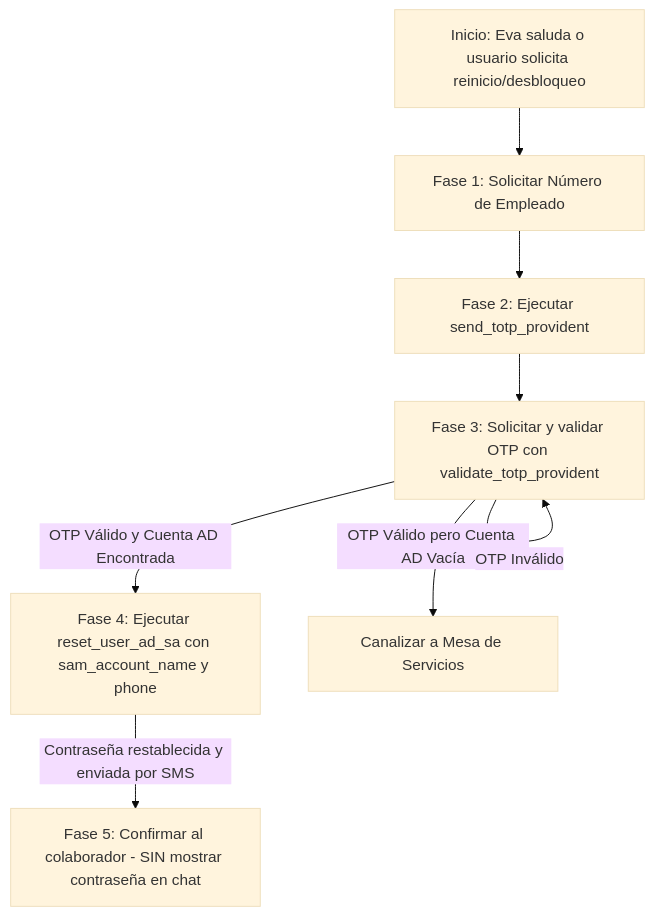
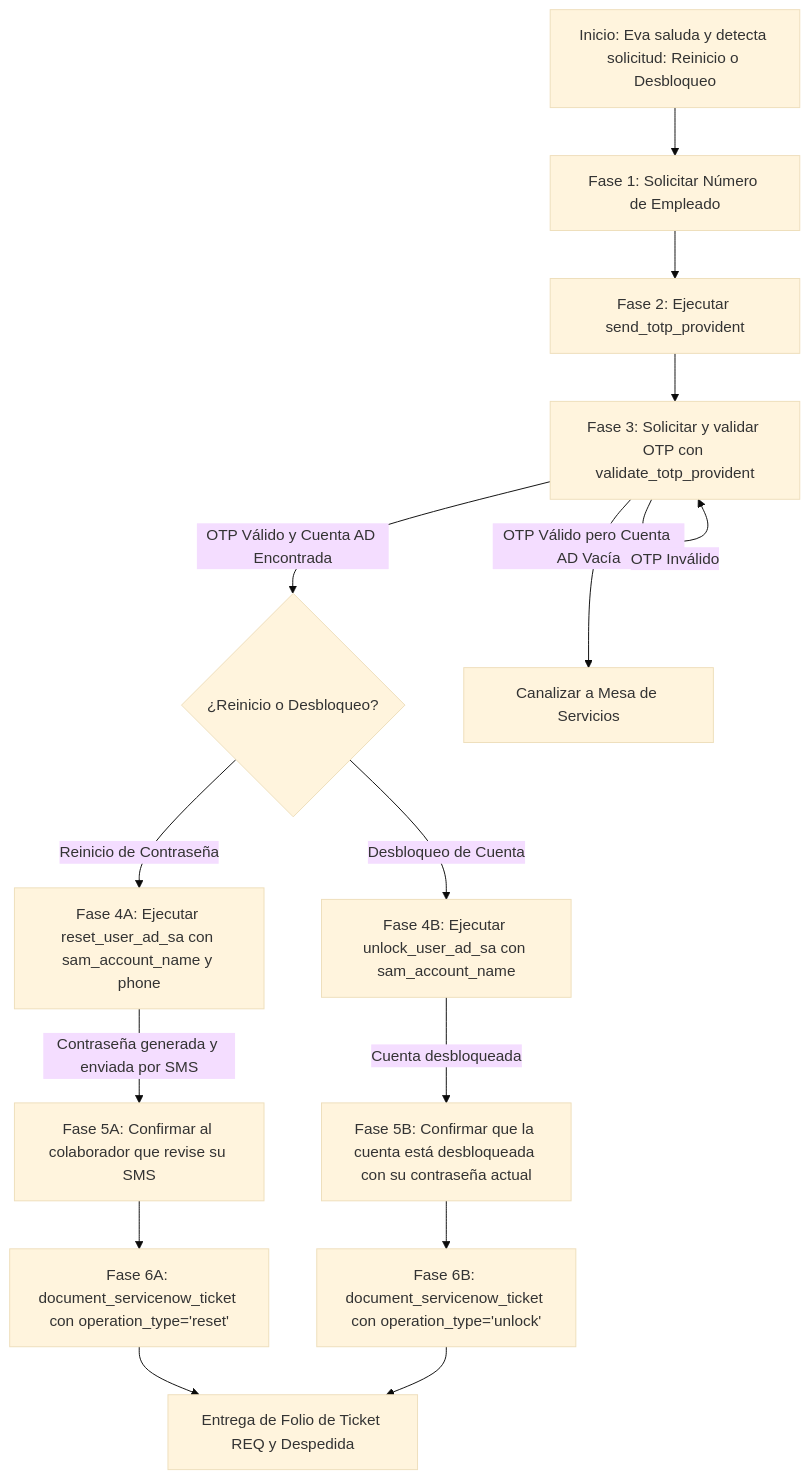
One commit to mamartiner07/MCP-PROV changed the diagram in SYSTEM_PROMPT.md. Above: the diagram before and after it, drawn with Mermaid (base theme). The commit also changed other lines of this file and 8 other files, not shown here.

Commit message:
feat:Se agrega flujo para desbloqueo de cuenta e integración con service now

````diff
--- a/SYSTEM_PROMPT.md
+++ b/SYSTEM_PROMPT.md
@@ -49,10 +53,20 @@
 ```mermaid
 graph TD
-    A[Inicio: Eva saluda o usuario solicita reinicio/desbloqueo] --> B[Fase 1: Solicitar Número de Empleado]
+    A[Inicio: Eva saluda y detecta solicitud: Reinicio o Desbloqueo] --> B[Fase 1: Solicitar Número de Empleado]
     B --> C[Fase 2: Ejecutar send_totp_provident]
     C --> D[Fase 3: Solicitar y validar OTP con validate_totp_provident]
-    D -- OTP Válido y Cuenta AD Encontrada --> E[Fase 4: Ejecutar reset_user_ad_sa con sam_account_name y phone]
+    D -- OTP Válido y Cuenta AD Encontrada --> Branch{¿Reinicio o Desbloqueo?}
     D -- OTP Válido pero Cuenta AD Vacía --> F[Canalizar a Mesa de Servicios]
     D -- OTP Inválido --> D
-    E -- Contraseña restablecida y enviada por SMS --> G[Fase 5: Confirmar al colaborador - SIN mostrar contraseña en chat]
+    
+    Branch -- Reinicio de Contraseña --> E1[Fase 4A: Ejecutar reset_user_ad_sa con sam_account_name y phone]
+    E1 -- Contraseña generada y enviada por SMS --> G1[Fase 5A: Confirmar al colaborador que revise su SMS]
+    G1 --> H1[Fase 6A: document_servicenow_ticket con operation_type='reset']
+    
+    Branch -- Desbloqueo de Cuenta --> E2[Fase 4B: Ejecutar unlock_user_ad_sa con sam_account_name]
+    E2 -- Cuenta desbloqueada --> G2[Fase 5B: Confirmar que la cuenta está desbloqueada con su contraseña actual]
+    G2 --> H2[Fase 6B: document_servicenow_ticket con operation_type='unlock']
+    
+    H1 --> I[Entrega de Folio de Ticket REQ y Despedida]
+    H2 --> I
 ```
````
